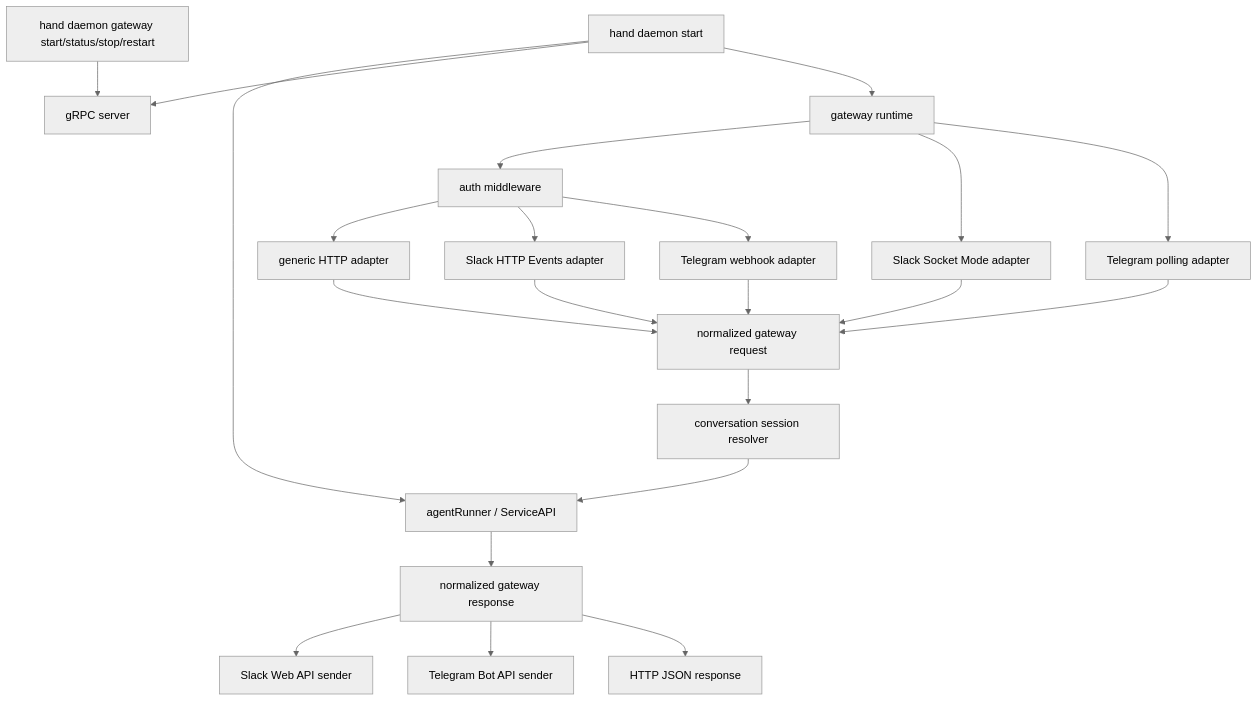
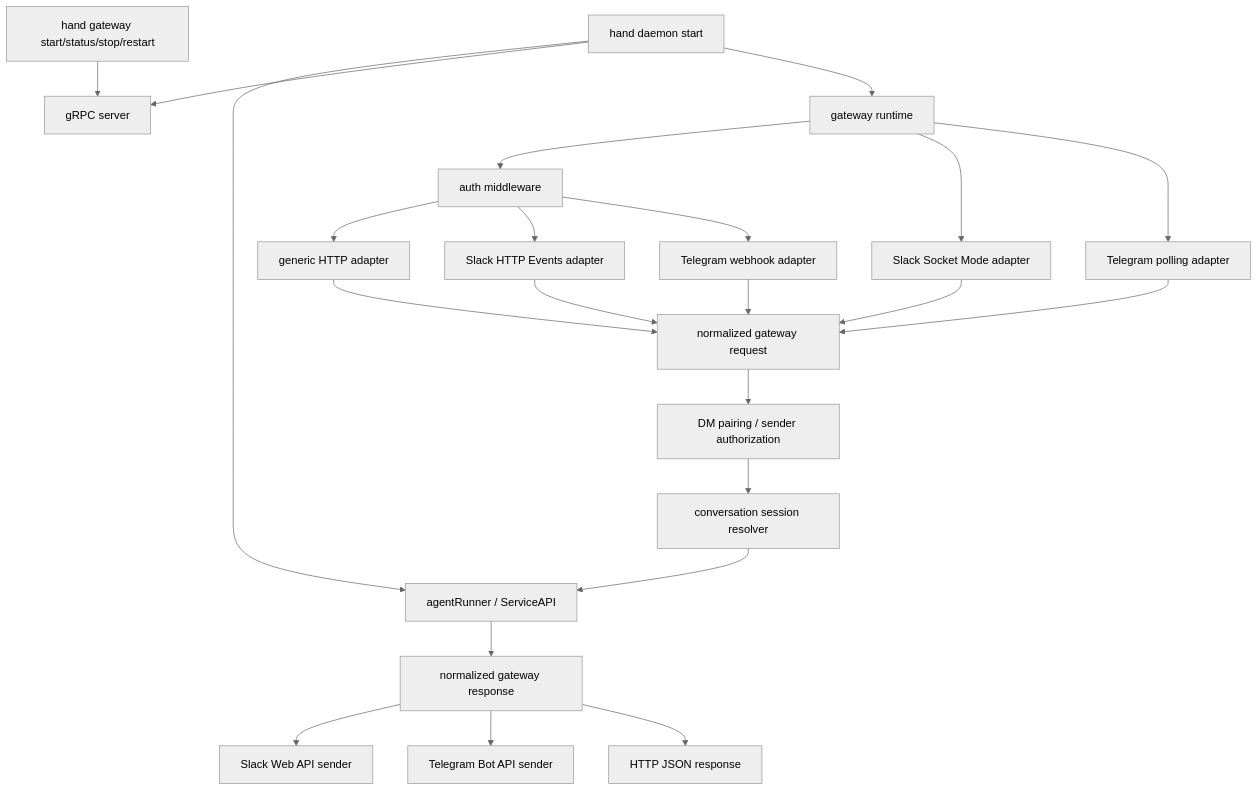
The first of 3 diagrams in docs/plans/2026-06-05-002-feat-daemon-gateway-integrations-plan.md (ncodes/hand), drawn with Mermaid (neutral theme) before and after one commit. The commit also changed other lines of this file and 57 other files, not shown here.

````diff
--- a/docs/plans/2026-06-05-002-feat-daemon-gateway-integrations-plan.md
+++ b/docs/plans/2026-06-05-002-feat-daemon-gateway-integrations-plan.md
@@ -87,27 +96,28 @@
 ```mermaid
 flowchart TB
   Daemon["hand daemon start"] --> Agent["agentRunner / ServiceAPI"]
   Daemon --> RPC["gRPC server"]
   Daemon --> Gateway["gateway runtime"]
-  CLI["hand daemon gateway start/status/stop/restart"] --> RPC
+  CLI["hand gateway start/status/stop/restart"] --> RPC
 
   Gateway --> Auth["auth middleware"]
   Auth --> Generic["generic HTTP adapter"]
   Gateway --> SlackSocket["Slack Socket Mode adapter"]
   Auth --> SlackHTTP["Slack HTTP Events adapter"]
   Gateway --> TelegramPoll["Telegram polling adapter"]
   Auth --> TelegramWebhook["Telegram webhook adapter"]
 
   Generic --> Normalize["normalized gateway request"]
   SlackSocket --> Normalize
   SlackHTTP --> Normalize
   TelegramPoll --> Normalize
   TelegramWebhook --> Normalize
 
-  Normalize --> Bindings["conversation session resolver"]
+  Normalize --> Pairing["DM pairing / sender authorization"]
+  Pairing --> Bindings["conversation session resolver"]
   Bindings --> Agent
   Agent --> Outbound["normalized gateway response"]
   Outbound --> SlackSend["Slack Web API sender"]
   Outbound --> TelegramSend["Telegram Bot API sender"]
   Outbound --> GenericResponse["HTTP JSON response"]
 ```
````
